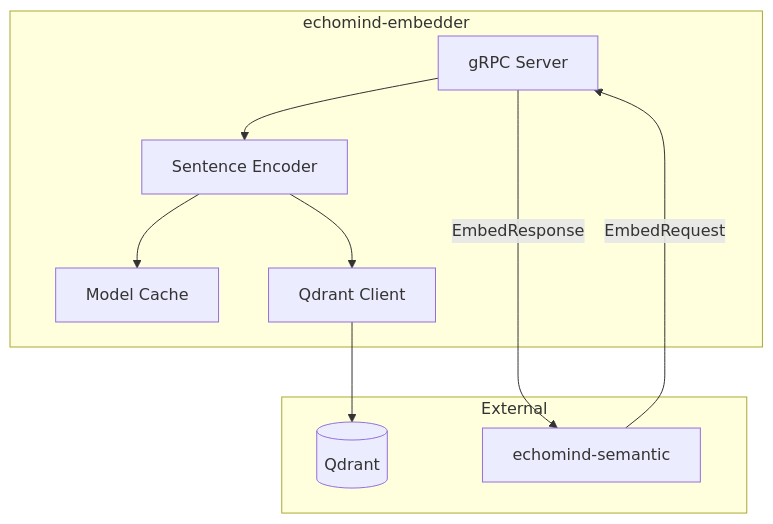
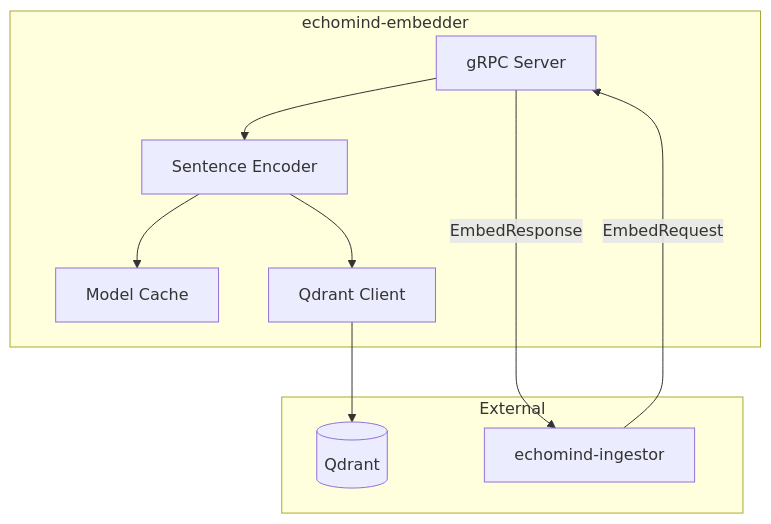
The first of 2 diagrams in docs/services/embedder-service.md (gen-mind/EchoMind), drawn with Mermaid before and after one commit. The commit also changed other lines of this file and 3 other files, not shown here.

Commit message:
migrating from semantic to ingestor

````diff
--- a/docs/services/embedder-service.md
+++ b/docs/services/embedder-service.md
@@ -25,21 +25,21 @@
 ```mermaid
 flowchart TB
     subgraph EmbedderService["echomind-embedder"]
         GRPC[gRPC Server]
         ENCODER[Sentence Encoder]
         CACHE[Model Cache]
         QDRANT_CLIENT[Qdrant Client]
     end
 
     subgraph External
-        SEMANTIC[echomind-semantic]
+        INGESTOR[echomind-ingestor]
         QDRANT[(Qdrant)]
     end
 
-    SEMANTIC -->|EmbedRequest| GRPC
+    INGESTOR -->|EmbedRequest| GRPC
     GRPC --> ENCODER
     ENCODER --> CACHE
     ENCODER --> QDRANT_CLIENT
     QDRANT_CLIENT --> QDRANT
-    GRPC -->|EmbedResponse| SEMANTIC
+    GRPC -->|EmbedResponse| INGESTOR
 ```
````
